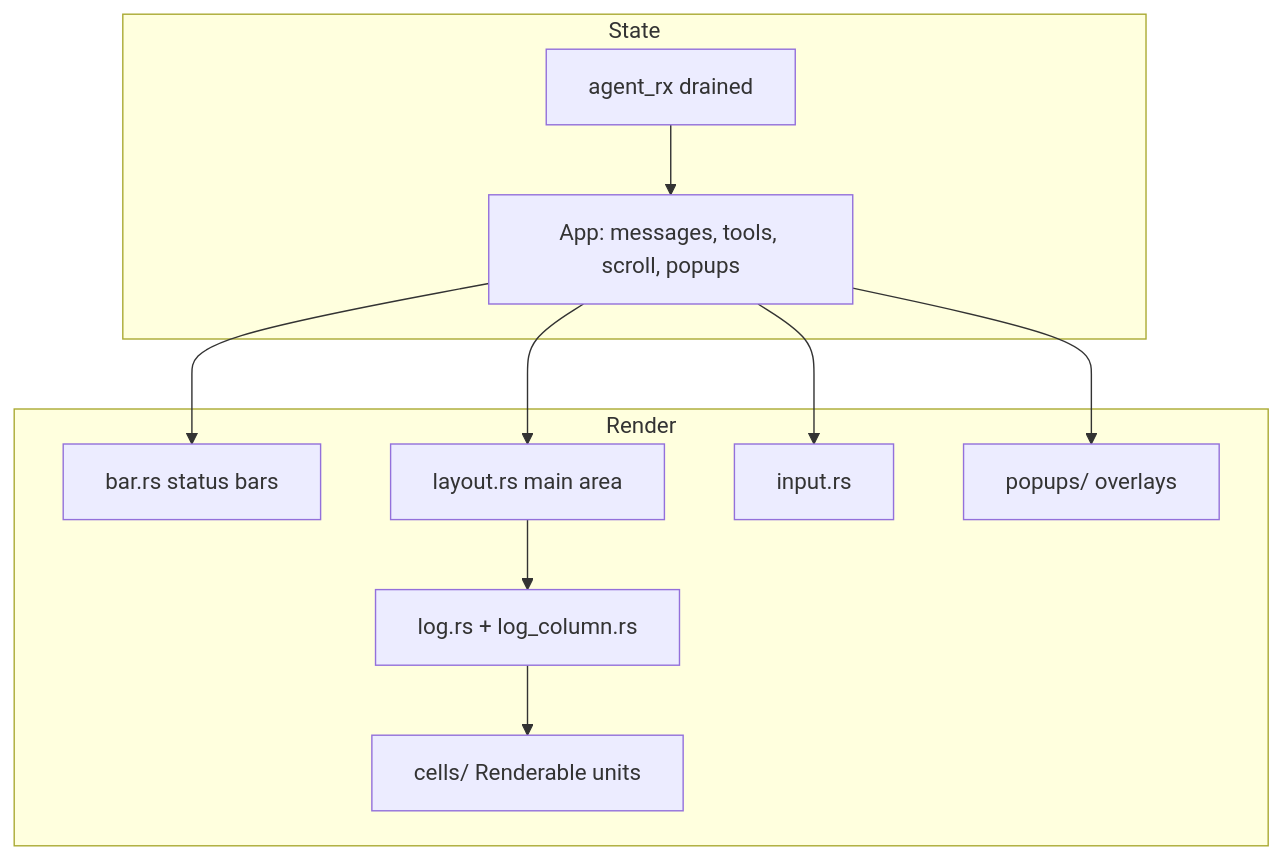
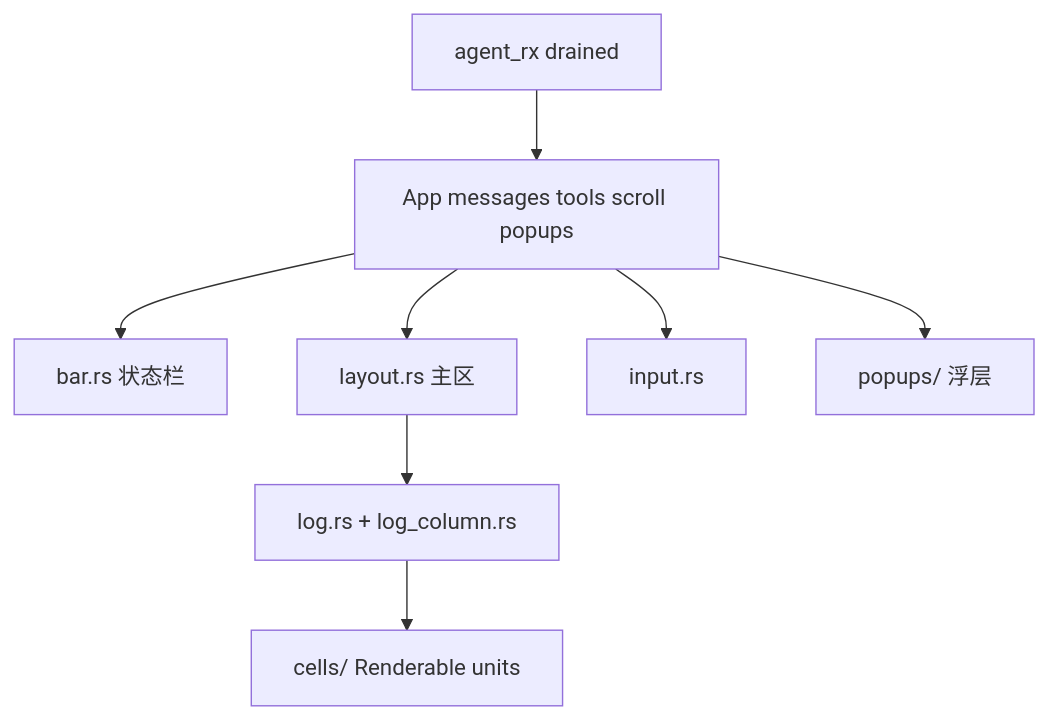
One commit to rust-infra/tact changed the second of 3 diagrams in book/23_chapter_tui_zh.md. Above: the diagram before and after it, drawn with Mermaid. The commit also changed other lines of this file and 303 other files, not shown here.

````diff
--- a/book/23_chapter_tui_zh.md
+++ b/book/23_chapter_tui_zh.md
@@ -195,22 +196,10 @@
 ```mermaid
-flowchart TB
-    subgraph State
-        AgentRx[agent_rx drained]
-        App[App: messages, tools, scroll, popups]
-    end
-    subgraph Render
-        Bar[bar.rs status bars]
-        Layout[layout.rs main area]
-        Log[log.rs + log_column.rs]
-        Cells[cells/ Renderable units]
-        Input[input.rs]
-        Popups[popups/ overlays]
-    end
-    AgentRx --> App
-    App --> Bar
-    App --> Layout
-    Layout --> Log
-    Log --> Cells
-    App --> Input
-    App --> Popups
+graph TD
+    a_rx[agent_rx drained] --> b_app[App messages tools scroll popups]
+    b_app --> c_bar[bar.rs 状态栏]
+    b_app --> d_layout[layout.rs 主区]
+    b_app --> e_input[input.rs]
+    b_app --> f_popups[popups/ 浮层]
+    d_layout --> g_log[log.rs + log_column.rs]
+    g_log --> h_cells[cells/ Renderable units]
 ```
````
